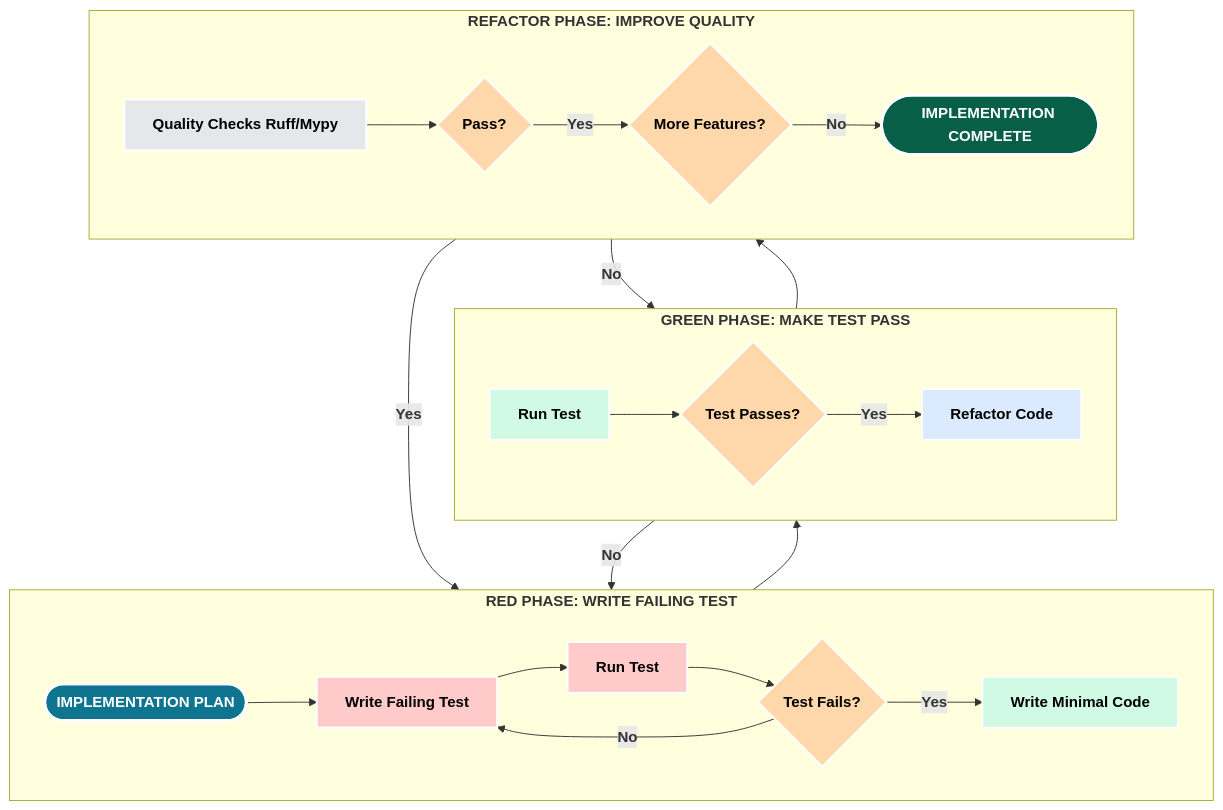
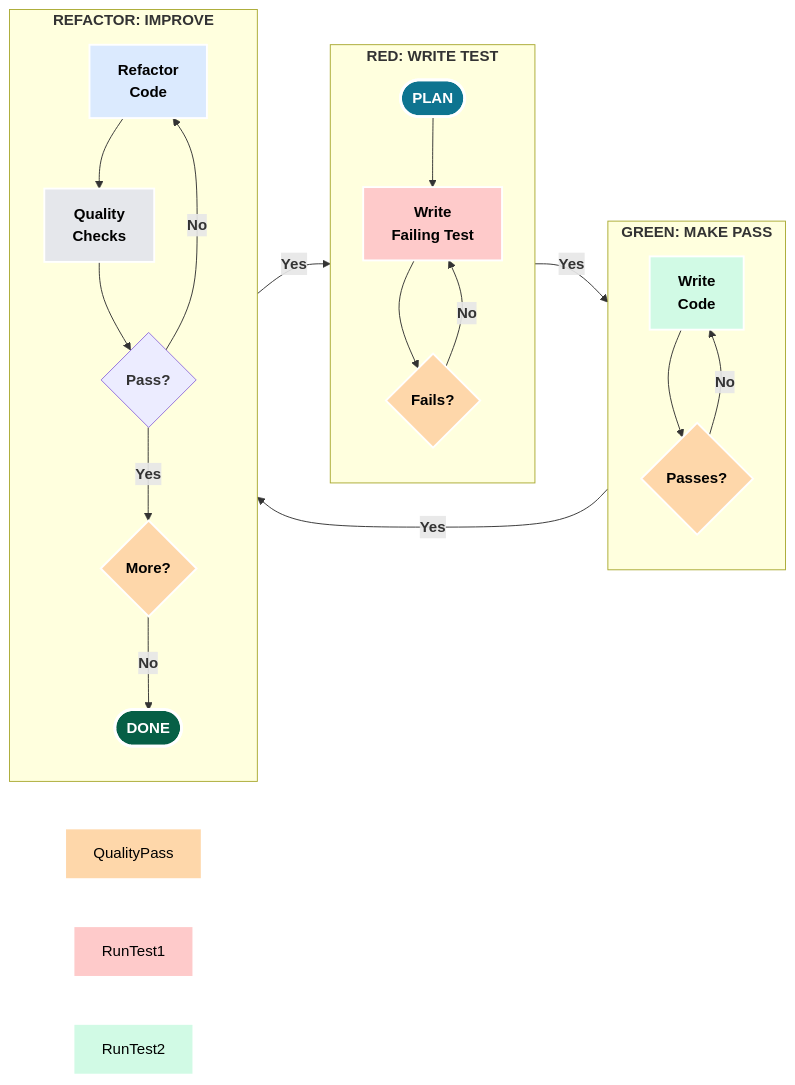
One commit to cgbraun/SparseTagging changed the seventh of 28 diagrams in docs/TUTORIAL_DIAGRAMS_SLIDES.md. Above: the diagram before and after it, drawn with Mermaid. The commit also changed other lines of this file, not shown here.

````diff
--- a/docs/TUTORIAL_DIAGRAMS_SLIDES.md
+++ b/docs/TUTORIAL_DIAGRAMS_SLIDES.md
@@ -372,43 +390,41 @@
 ```mermaid
-graph TB
-    subgraph RED["<b>RED PHASE: WRITE FAILING TEST</b>"]
-        direction LR
-        Start([<b>IMPLEMENTATION PLAN</b>]) --> WriteTest[<b>Write Failing Test</b>]
-        WriteTest --> RunTest1[<b>Run Test</b>]
-        RunTest1 --> Fail{<b>Test Fails?</b>}
+graph LR
+    subgraph RED["<b>RED: WRITE TEST</b>"]
+        direction TB
+        Start([<b>PLAN</b>]) --> WriteTest[<b>Write<br/>Failing Test</b>]
+        WriteTest --> Fail{<b>Fails?</b>}
         Fail -->|<b>No</b>| WriteTest
-        Fail -->|<b>Yes</b>| WriteCode[<b>Write Minimal Code</b>]
     end
 
-    subgraph GREEN["<b>GREEN PHASE: MAKE TEST PASS</b>"]
-        direction LR
-        RunTest2[<b>Run Test</b>] --> Pass{<b>Test Passes?</b>}
+    subgraph GREEN["<b>GREEN: MAKE PASS</b>"]
+        direction TB
+        WriteCode[<b>Write<br/>Code</b>] --> Pass{<b>Passes?</b>}
         Pass -->|<b>No</b>| WriteCode
-        Pass -->|<b>Yes</b>| Refactor[<b>Refactor Code</b>]
     end
 
-    subgraph REFACTOR["<b>REFACTOR PHASE: IMPROVE QUALITY</b>"]
-        direction LR
-        Quality[<b>Quality Checks Ruff/Mypy</b>] --> QualityPass{<b>Pass?</b>}
-        QualityPass -->|<b>No</b>| Refactor
-        QualityPass -->|<b>Yes</b>| More{<b>More Features?</b>}
-        More -->|<b>Yes</b>| WriteTest
-        More -->|<b>No</b>| Complete([<b>IMPLEMENTATION COMPLETE</b>])
+    subgraph REFACTOR["<b>REFACTOR: IMPROVE</b>"]
+        direction TB
+        Refactor[<b>Refactor<br/>Code</b>] --> Quality[<b>Quality<br/>Checks</b>]
+        Quality --> QPass{<b>Pass?</b>}
+        QPass -->|<b>No</b>| Refactor
+        QPass -->|<b>Yes</b>| More{<b>More?</b>}
+        More -->|<b>No</b>| Complete([<b>DONE</b>])
     end
 
-    WriteCode --> RunTest2
-    Refactor --> Quality
+    Fail -->|<b>Yes</b>| WriteCode
+    Pass -->|<b>Yes</b>| Refactor
+    More -->|<b>Yes</b>| WriteTest
 
     style Start fill:#0e7490,stroke:#fff,stroke-width:3px,color:#fff
     style Complete fill:#065f46,stroke:#fff,stroke-width:3px,color:#fff
     style Fail fill:#fed7aa,stroke:#fff,stroke-width:2px,color:#000
     style Pass fill:#fed7aa,stroke:#fff,stroke-width:2px,color:#000
     style QualityPass fill:#fed7aa,stroke:#fff,stroke-width:2px,color:#000
     style More fill:#fed7aa,stroke:#fff,stroke-width:2px,color:#000
     style WriteTest fill:#fecaca,stroke:#fff,stroke-width:2px,color:#000
     style RunTest1 fill:#fecaca,stroke:#fff,stroke-width:2px,color:#000
     style WriteCode fill:#d1fae5,stroke:#fff,stroke-width:2px,color:#000
     style RunTest2 fill:#d1fae5,stroke:#fff,stroke-width:2px,color:#000
     style Refactor fill:#dbeafe,stroke:#fff,stroke-width:2px,color:#000
     style Quality fill:#e5e7eb,stroke:#fff,stroke-width:2px,color:#000
 ```
````
